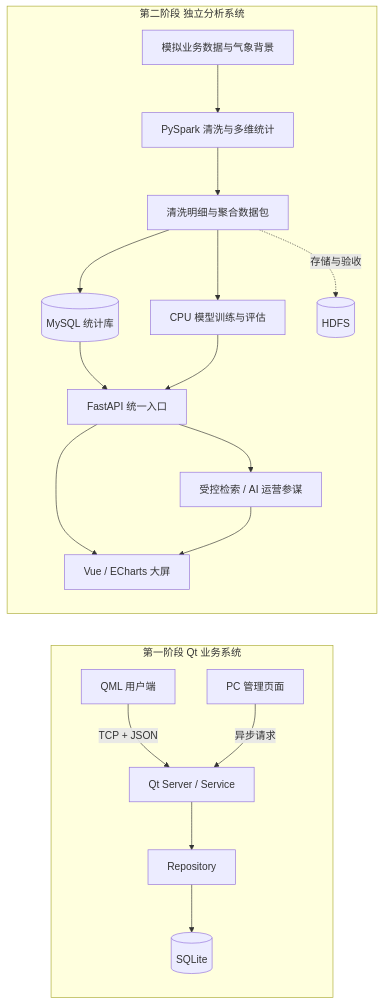
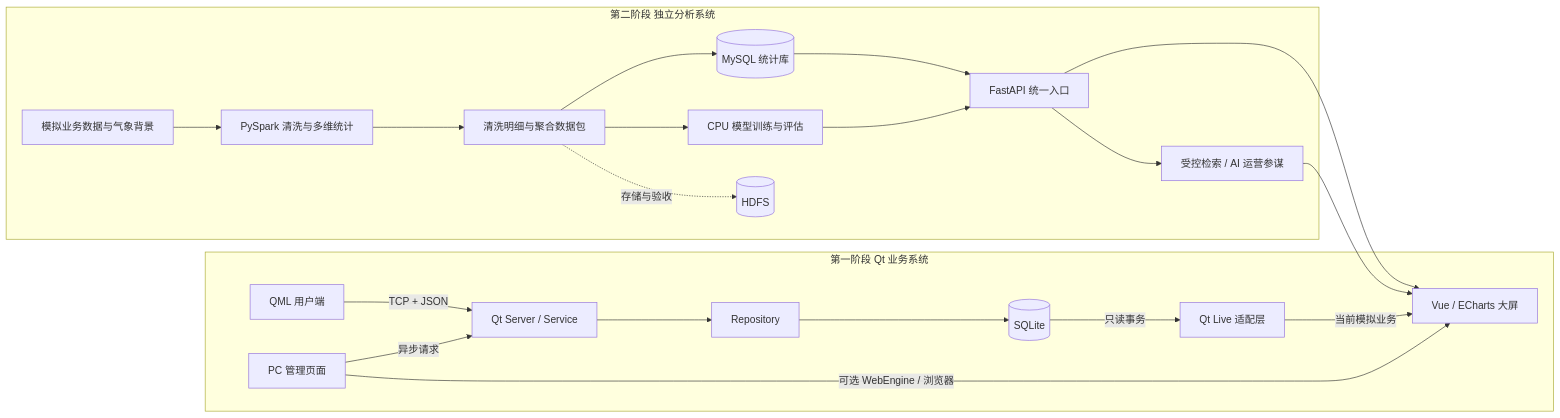
One commit to ggbondbest/qt-charging-platform changed the diagram in README.md. Above: the diagram before and after it, drawn with Mermaid. The commit also changed other lines of this file and 141 other files, not shown here.

````diff
--- a/README.md
+++ b/README.md
@@ -50,21 +62,24 @@
 ```mermaid
 flowchart LR
     subgraph Qt[第一阶段 Qt 业务系统]
         QML[QML 用户端] -->|TCP + JSON| S[Qt Server / Service]
         Admin[PC 管理页面] -->|异步请求| S
         S --> Repo[Repository]
         Repo --> SQLite[(SQLite)]
+        Admin -->|可选 WebEngine / 浏览器| Vue
+        SQLite -->|只读事务| Live[Qt Live 适配层]
+        Live -->|当前模拟业务| Vue
     end
     subgraph Analytics[第二阶段 独立分析系统]
         Raw[模拟业务数据与气象背景] --> Spark[PySpark 清洗与多维统计]
         Spark --> Clean[清洗明细与聚合数据包]
         Clean --> DB[(MySQL 统计库)]
         Clean --> ML[CPU 模型训练与评估]
         Clean -. 存储与验收 .-> HDFS[(HDFS)]
         DB --> API[FastAPI 统一入口]
         ML --> API
         API --> Vue[Vue / ECharts 大屏]
         API --> Advisor[受控检索 / AI 运营参谋]
         Advisor --> Vue
     end
 ```
````
